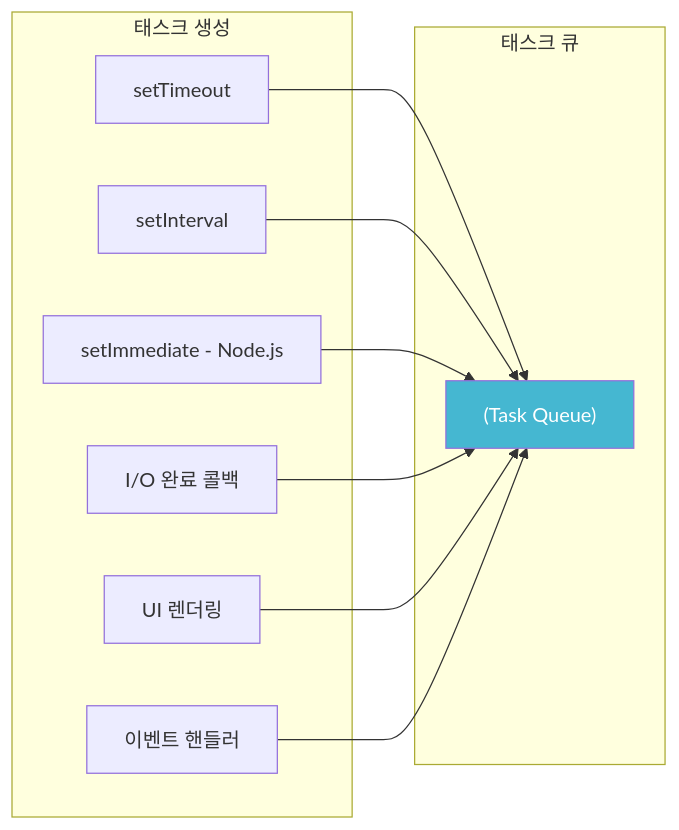
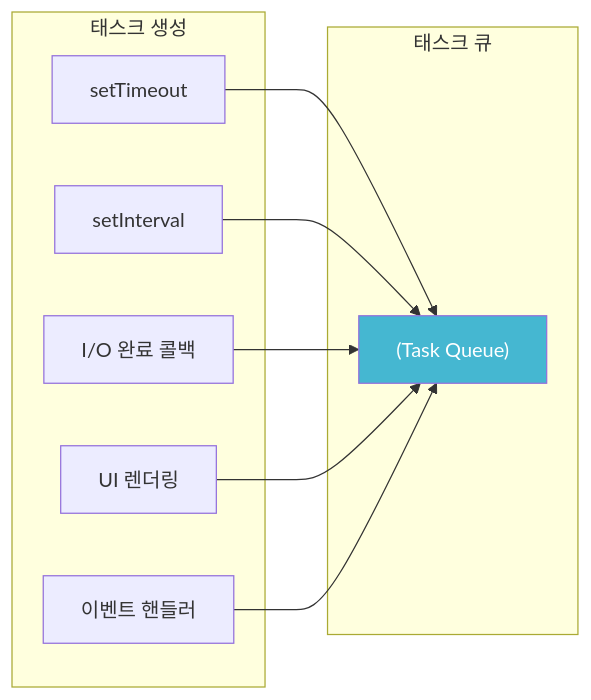
One commit to yjkim2015/yjkim2015.github.io changed the fifth of 13 diagrams in _posts/frontend/2026-05-02-js-event-loop.md. Above: the diagram before and after it, drawn with Mermaid. The commit also changed other lines of this file and 122 other files, not shown here.

````diff
--- a/_posts/frontend/2026-05-02-js-event-loop.md
+++ b/_posts/frontend/2026-05-02-js-event-loop.md
@@ -190,24 +192,22 @@
 ```mermaid
 graph LR
     subgraph "태스크 생성"
         ST[setTimeout]
         SI[setInterval]
-        SR[setImmediate - Node.js]
         IO["I/O 완료 콜백"]
         UI["UI 렌더링"]
         EV["이벤트 핸들러"]
     end
 
     subgraph "태스크 큐"
         TQ["(Task Queue)"]
     end
 
     ST --> TQ
     SI --> TQ
-    SR --> TQ
     IO --> TQ
     UI --> TQ
     EV --> TQ
 
     style TQ fill:#45b7d1,color:#fff
 ```
````
